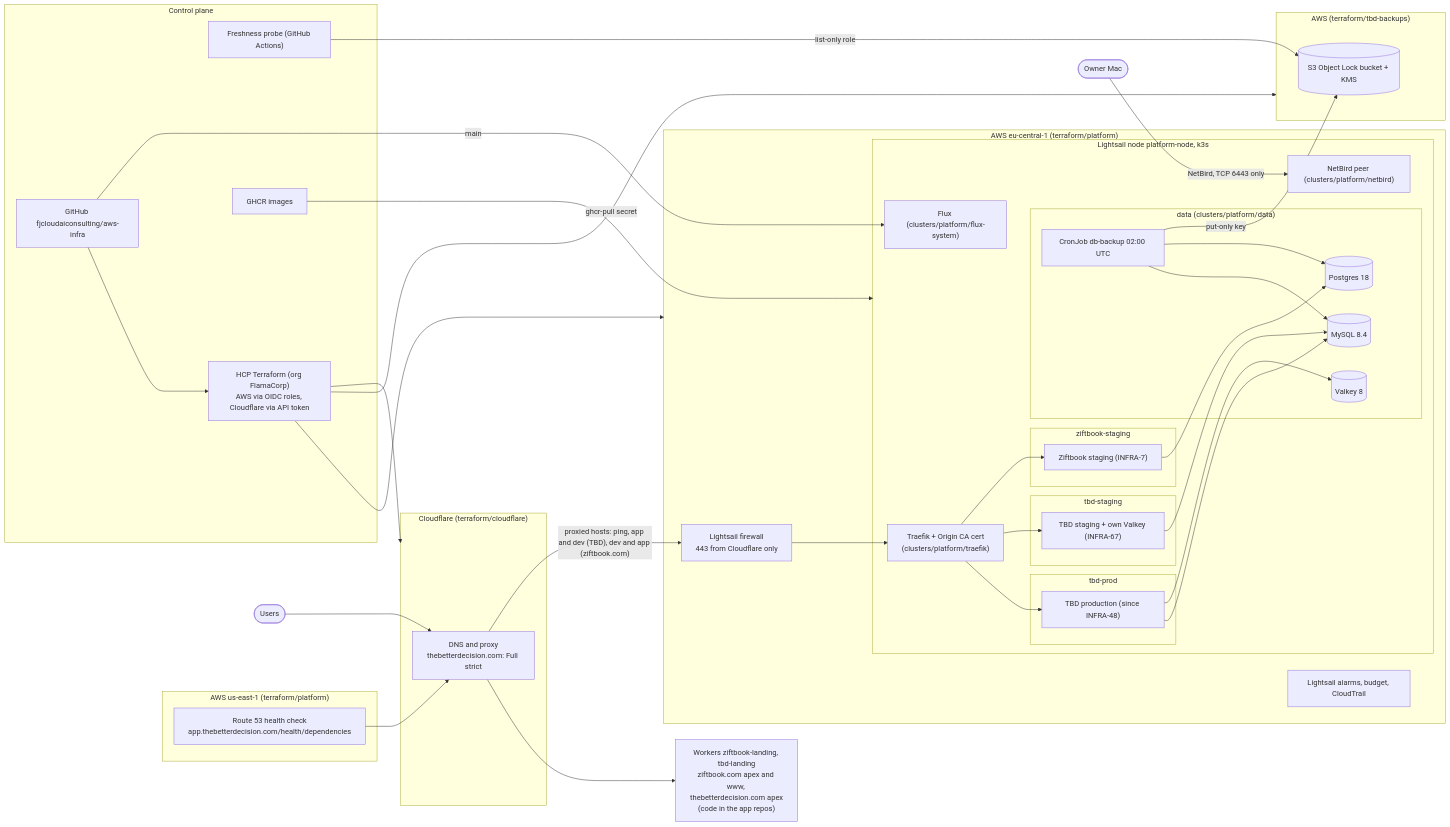
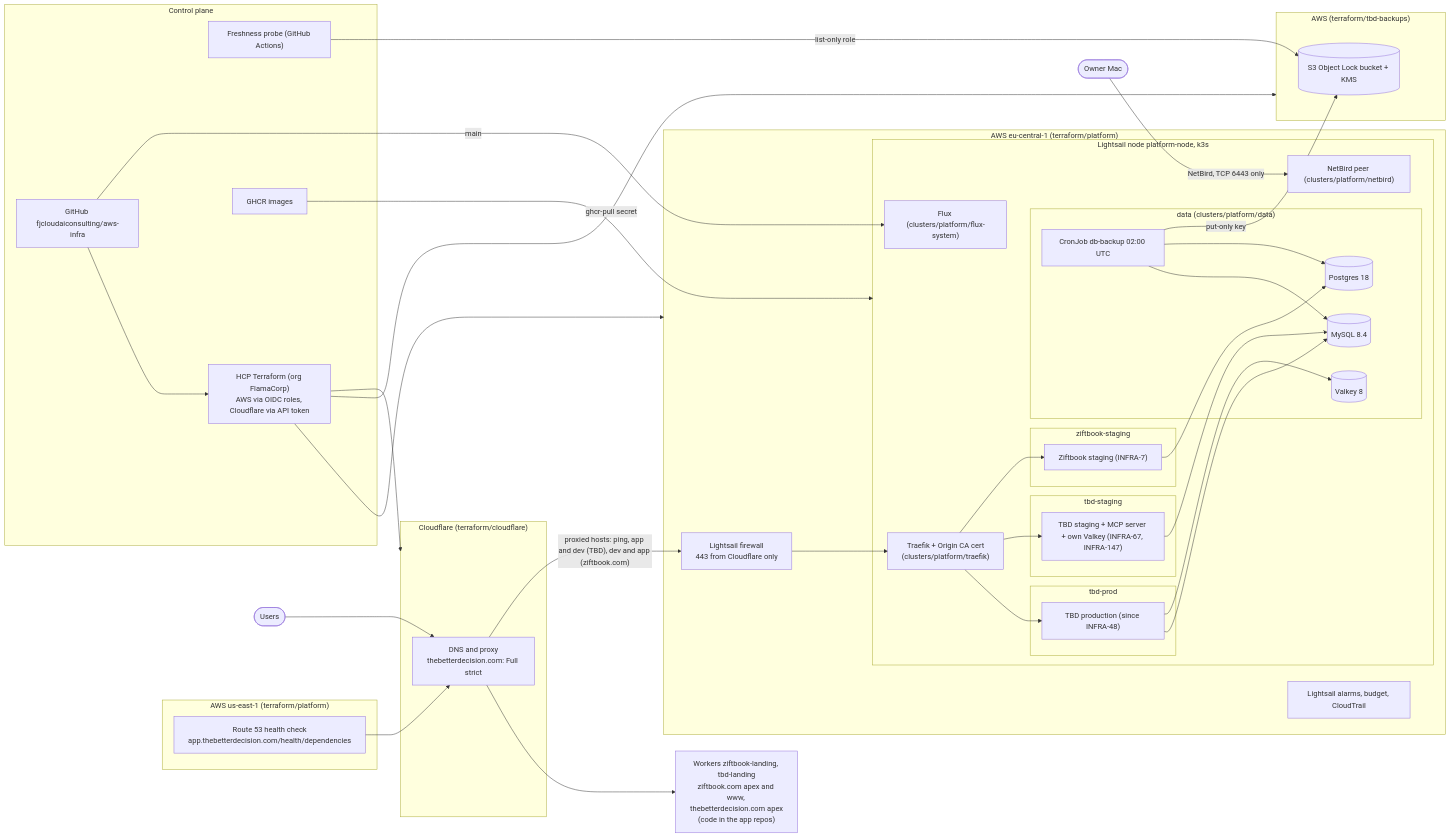
The diagram in docs/architecture.md (fjcloudaiconsulting/aws-infra), drawn with Mermaid before and after one commit. The commit also changed other lines of this file and 6 other files, not shown here.

First line of the commit message:
feat(tbd-staging): deploy the MCP server (INFRA-147)

````diff
--- a/docs/architecture.md
+++ b/docs/architecture.md
@@ -7,63 +7,63 @@
 ```mermaid
 flowchart LR
   user([Users]) --> cf
 
   subgraph cloudflare["Cloudflare (terraform/cloudflare)"]
     cf["DNS and proxy<br/>thebetterdecision.com: Full strict"]
   end
   worker["Workers ziftbook-landing, tbd-landing<br/>ziftbook.com apex and www, thebetterdecision.com apex<br/>(code in the app repos)"]
   cf --> worker
 
   subgraph aws_platform["AWS eu-central-1 (terraform/platform)"]
     fw["Lightsail firewall<br/>443 from Cloudflare only"]
     subgraph node["Lightsail node platform-node, k3s"]
       traefik["Traefik + Origin CA cert<br/>(clusters/platform/traefik)"]
       subgraph ns_tbd["tbd-prod"]
         tbdapp["TBD production (since INFRA-48)"]
       end
       subgraph ns_tbds["tbd-staging"]
-        tbdstg["TBD staging + own Valkey (INFRA-67)"]
+        tbdstg["TBD staging + MCP server + own Valkey (INFRA-67, INFRA-147)"]
       end
       subgraph ns_zif["ziftbook-staging"]
         zifapp["Ziftbook staging (INFRA-7)"]
       end
       subgraph ns_data["data (clusters/platform/data)"]
         mysql[("MySQL 8.4")]
         postgres[("Postgres 18")]
         valkey[("Valkey 8")]
         backup["CronJob db-backup 02:00 UTC"]
       end
       flux["Flux (clusters/platform/flux-system)"]
       netbird["NetBird peer (clusters/platform/netbird)"]
     end
     alarms["Lightsail alarms, budget, CloudTrail"]
   end
   cf -->|"proxied hosts: ping, app and dev (TBD), dev and app (ziftbook.com)"| fw --> traefik
   traefik --> tbdapp & tbdstg & zifapp
   tbdapp --> mysql & valkey
   tbdstg --> mysql
   zifapp --> postgres
   backup --> mysql & postgres
 
   subgraph aws_backups["AWS (terraform/tbd-backups)"]
     bucket[("S3 Object Lock bucket + KMS")]
   end
   backup -->|"put-only key"| bucket
   probe -->|"list-only role"| bucket
 
   subgraph useast["AWS us-east-1 (terraform/platform)"]
     hc["Route 53 health check<br/>app.thebetterdecision.com/health/dependencies"]
   end
   hc --> cf
 
   subgraph control["Control plane"]
     gh["GitHub fjcloudaiconsulting/aws-infra"]
     tfc["HCP Terraform (org FlamaCorp)<br/>AWS via OIDC roles, Cloudflare via API token"]
     ghcr["GHCR images"]
     probe["Freshness probe (GitHub Actions)"]
   end
   gh --> tfc --> aws_platform & aws_backups & cloudflare
   gh -->|"main"| flux
   ghcr -->|"ghcr-pull secret"| node
   owner([Owner Mac]) -->|"NetBird, TCP 6443 only"| netbird
 ```
````
